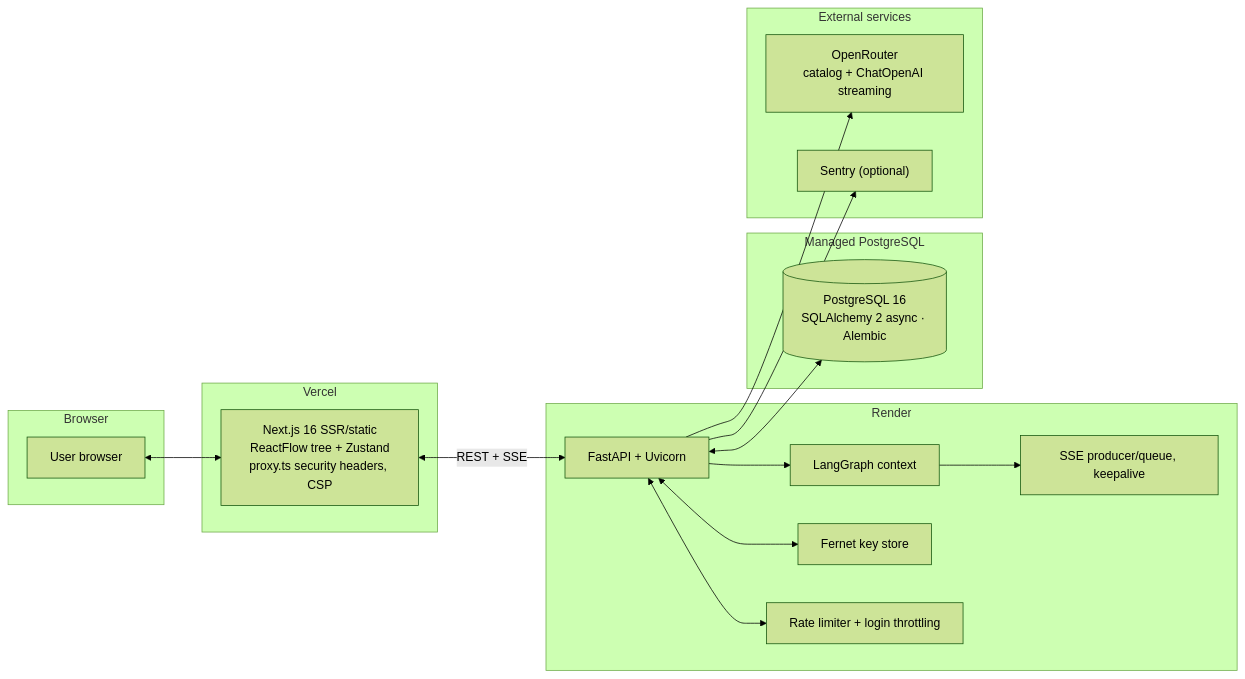
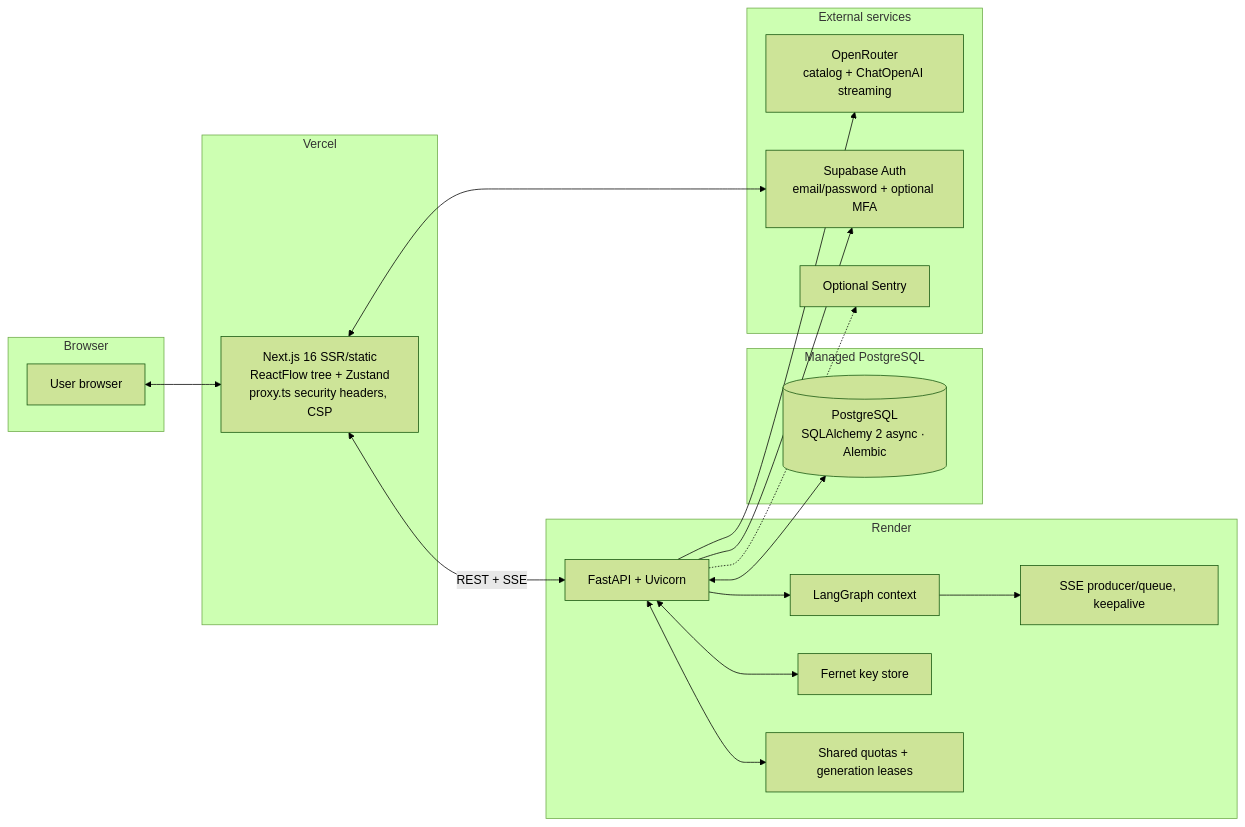
The fourth of 5 diagrams in README.md (TiagoSantos16/Ramea-Chat), drawn with Mermaid (forest theme) before and after one commit. The commit also changed other lines of this file, not shown here.

````diff
--- a/README.md
+++ b/README.md
@@ -276,33 +306,36 @@
 ```mermaid
 flowchart LR
     subgraph client["Browser"]
         BROWSER["User browser"]
     end
     subgraph vercel["Vercel"]
         FE["Next.js 16 SSR/static<br/>ReactFlow tree + Zustand<br/>proxy.ts security headers, CSP"]
     end
     subgraph render["Render"]
         API["FastAPI + Uvicorn"]
         GRAPH["LangGraph context"]
         SSE["SSE producer/queue, keepalive"]
         KEYS["Fernet key store"]
-        POLICE["Rate limiter + login throttling"]
+        POLICE["Shared quotas + generation leases"]
     end
     subgraph pg["Managed PostgreSQL"]
-        DB[("PostgreSQL 16<br/>SQLAlchemy 2 async · Alembic")]
+        DB[("PostgreSQL<br/>SQLAlchemy 2 async · Alembic")]
     end
     subgraph ext["External services"]
         OR["OpenRouter<br/>catalog + ChatOpenAI streaming"]
-        SENTRY["Sentry (optional)"]
+        AUTH["Supabase Auth<br/>email/password + optional MFA"]
+        SENTRY["Optional Sentry"]
     end
 
     BROWSER <--> FE
     FE <-->|"REST + SSE"| API
     API <--> DB
     API --> OR
-    API --> SENTRY
+    FE <--> AUTH
+    API --> AUTH
+    API -.-> SENTRY
     API --> GRAPH
     GRAPH --> SSE
     API <--> KEYS
     API <--> POLICE
 ```
````
